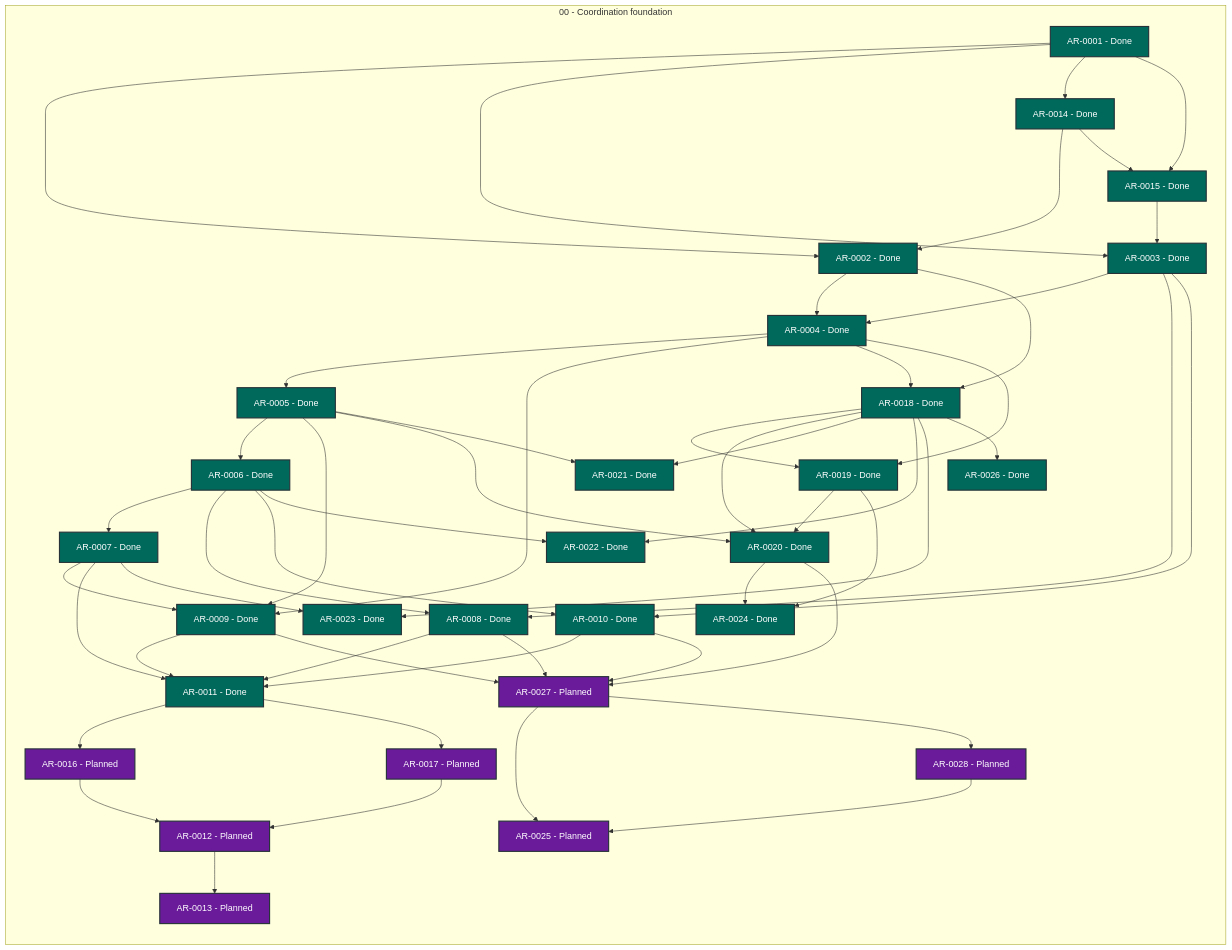
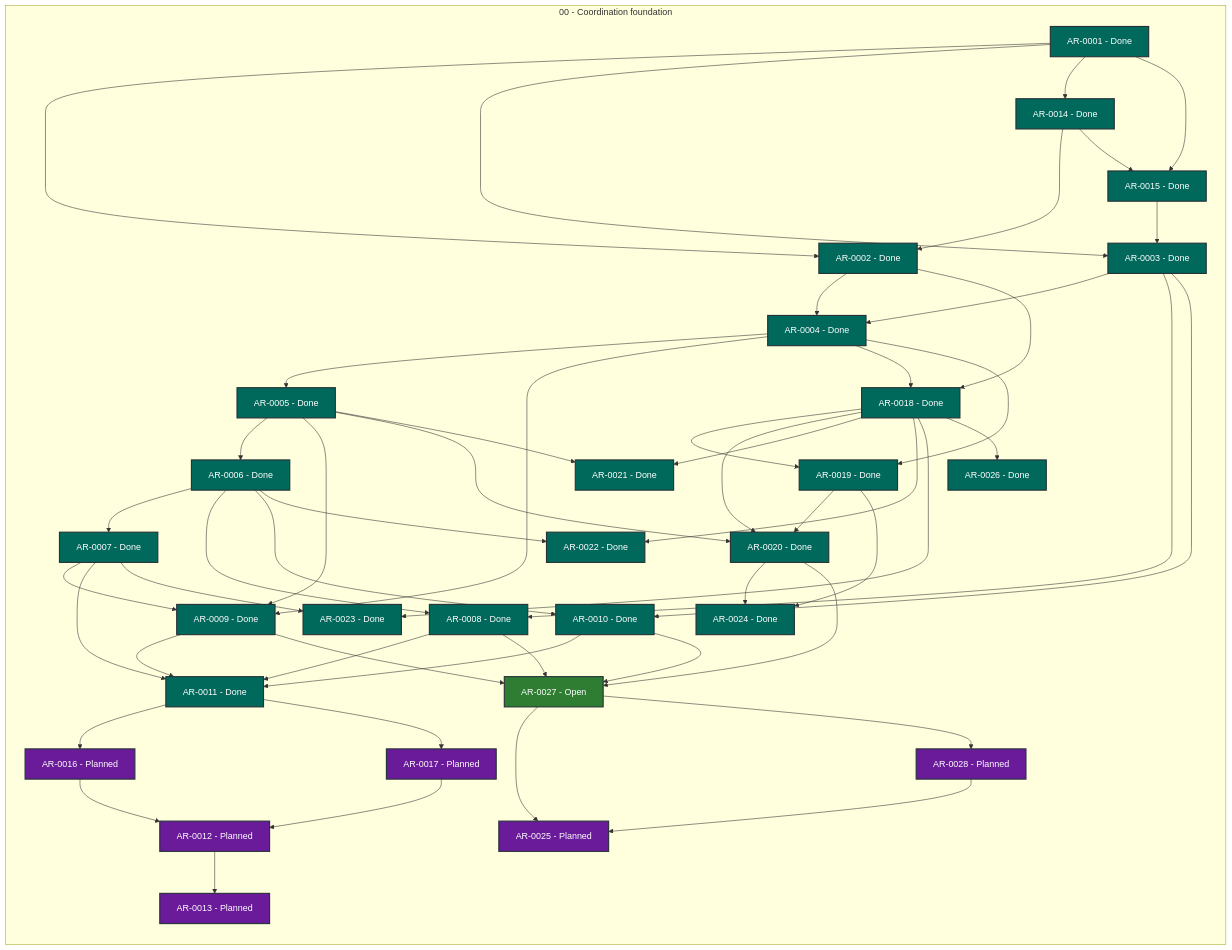
The diagram in STATUS.md (martin-beck/agent-workflow-tui-state), drawn with Mermaid before and after one commit. The commit also changed other lines of this file and 2 other files, not shown here.

```diff
--- a/STATUS.md
+++ b/STATUS.md
@@ -54,7 +54,7 @@
         AR_0024["AR-0024 - Done"]:::status_done
         AR_0025["AR-0025 - Planned"]:::status_planned
         AR_0026["AR-0026 - Done"]:::status_done
-        AR_0027["AR-0027 - Planned"]:::status_planned
+        AR_0027["AR-0027 - Open"]:::status_open
         AR_0028["AR-0028 - Planned"]:::status_planned
     end
     AR_0001 --> AR_0002
```
